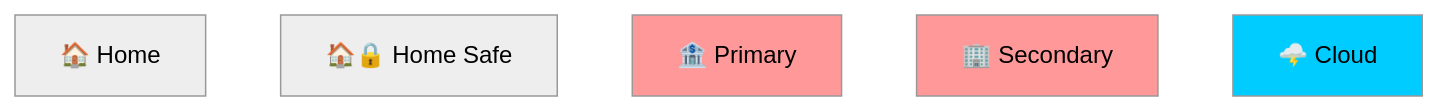
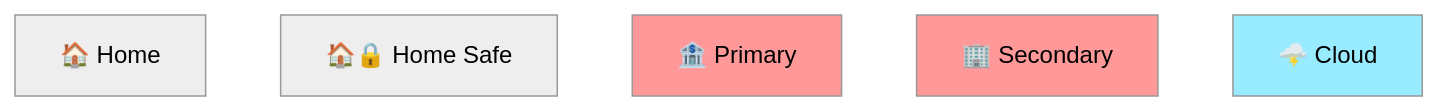
The fourth of 26 diagrams in Docs/Scenario-Multisig.md (BlockchainCommons/SmartCustody), drawn with Mermaid (neutral theme) before and after one commit.

````diff
--- a/Docs/Scenario-Multisig.md
+++ b/Docs/Scenario-Multisig.md
@@ -214,12 +214,12 @@
 ```mermaid
     graph BT;
     A["🏠 Home"]
     B["🏠🔒 Home Safe"]
     C["🏦 Primary"]
     D["🏢 Secondary"]
     E["🌩️ Cloud"]
     
 style C color:#000,fill:#ff9999;
 style D color:#000,fill:#ff9999;
-style E color:#000,fill:#00ccff;
+style E color:#000,fill:#99ebff;
 ```
````
